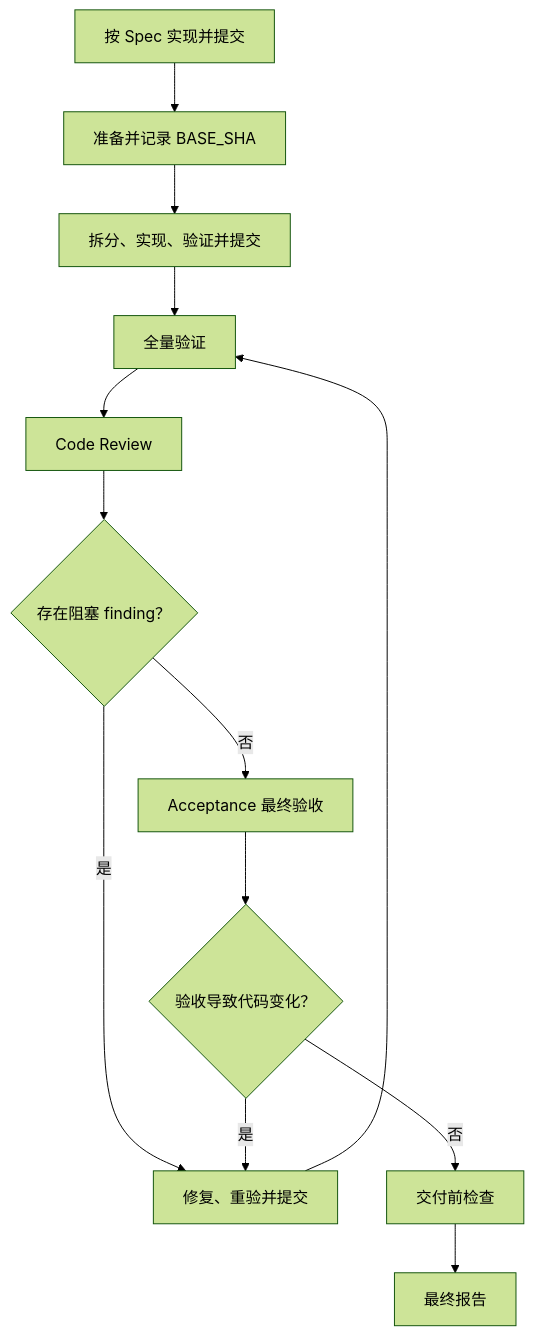
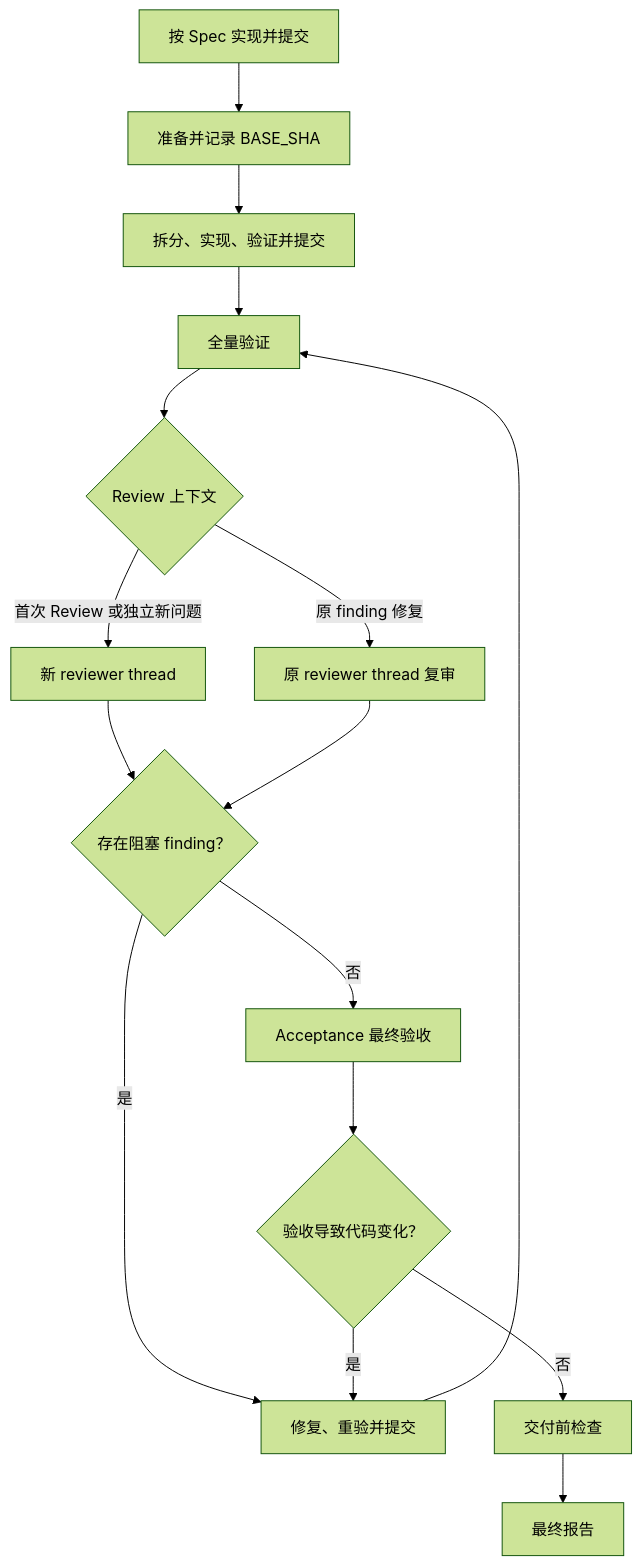
One commit to hanjeahwan/chatgpt-pro changed the diagram in WORKFLOW.md. Above: the diagram before and after it, drawn with Mermaid (forest theme). The commit also changed other lines of this file, not shown here.

Commit message:
📝 (workflow) clarify reviewer thread reuse for blocking findings

````diff
--- a/WORKFLOW.md
+++ b/WORKFLOW.md
@@ -5,15 +5,18 @@
 ```mermaid
 flowchart TD
     A["按 Spec 实现并提交"] --> B["准备并记录 BASE_SHA"]
     B --> C["拆分、实现、验证并提交"]
     C --> D["全量验证"]
-    D --> E["Code Review"]
-    E --> F{"存在阻塞 finding？"}
-    F -- "是" --> G["修复、重验并提交"]
-    G --> D
-    F -- "否" --> H["Acceptance 最终验收"]
-    H --> I{"验收导致代码变化？"}
-    I -- "是" --> G
-    I -- "否" --> J["交付前检查"]
-    J --> K["最终报告"]
+    D --> E{"Review 上下文"}
+    E -- "首次 Review 或独立新问题" --> F["新 reviewer thread"]
+    E -- "原 finding 修复" --> G["原 reviewer thread 复审"]
+    F --> H{"存在阻塞 finding？"}
+    G --> H
+    H -- "是" --> I["修复、重验并提交"]
+    I --> D
+    H -- "否" --> J["Acceptance 最终验收"]
+    J --> K{"验收导致代码变化？"}
+    K -- "是" --> I
+    K -- "否" --> L["交付前检查"]
+    L --> M["最终报告"]
 ```
````
